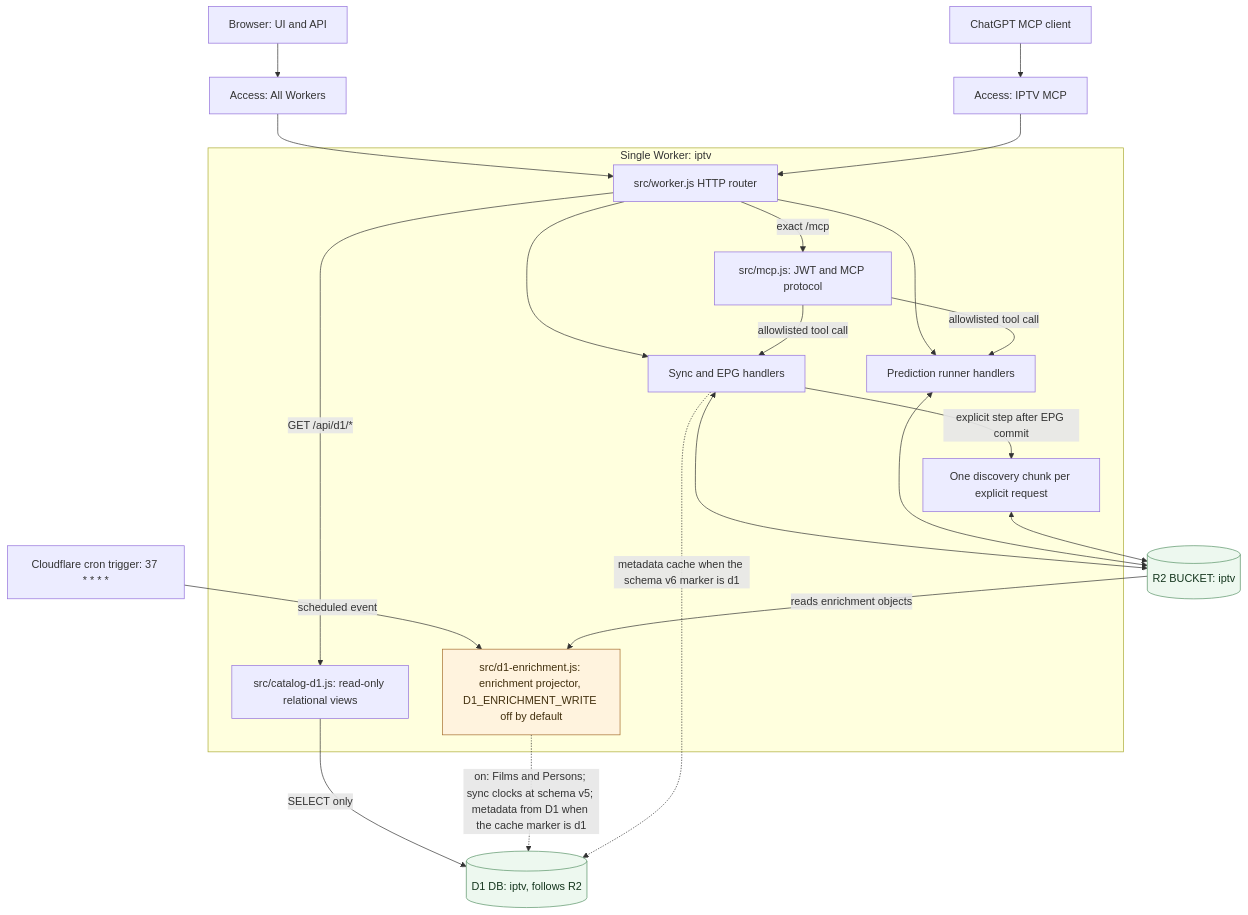
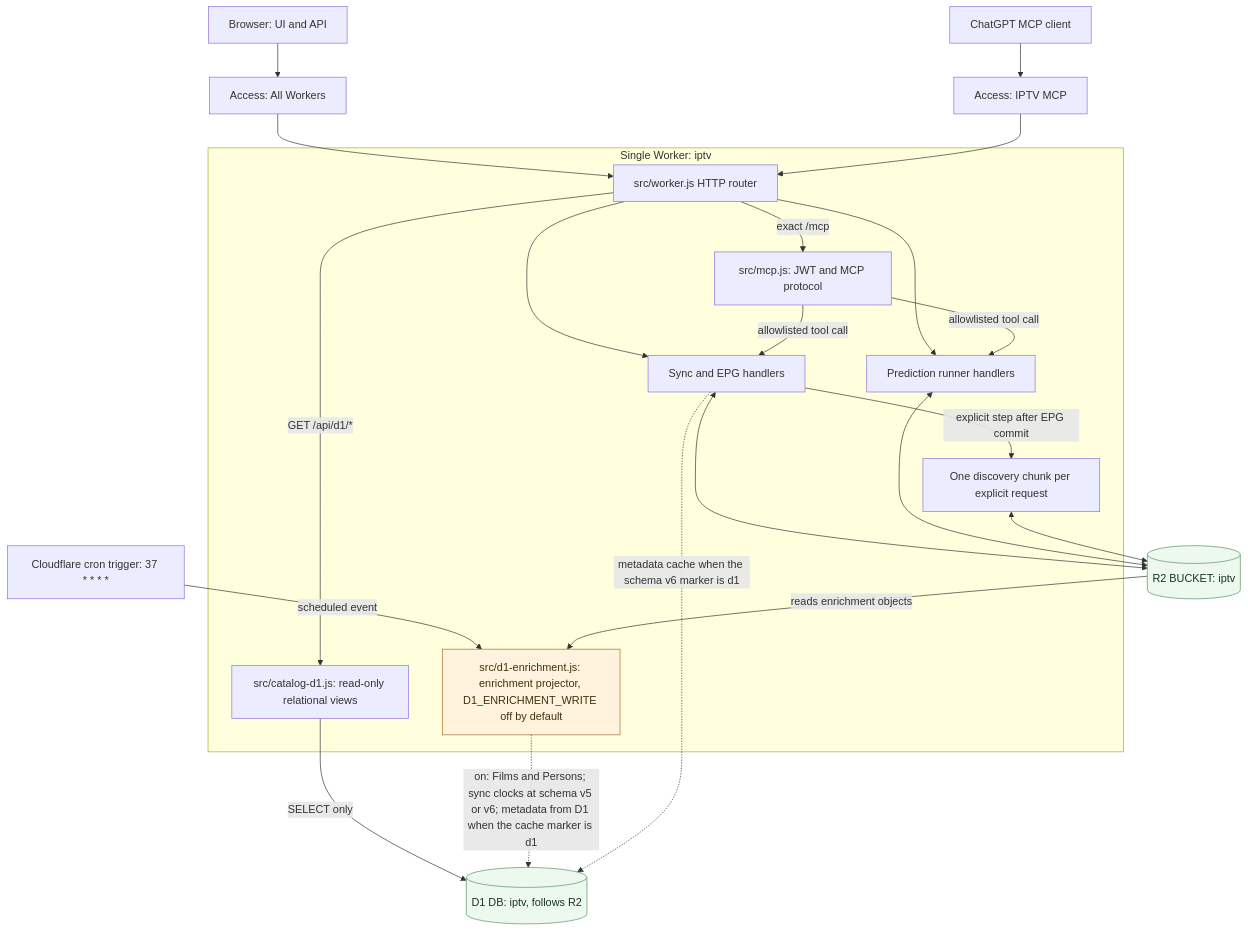
The diagram in docs/architecture/runtime-topology.md (vladimino/iptv-watchlist), drawn with Mermaid before and after one commit.

Commit message:
docs: clarify v6 metadata sync clock projection in Mermaid

````diff
--- a/docs/architecture/runtime-topology.md
+++ b/docs/architecture/runtime-topology.md
@@ -5,40 +5,40 @@
 ```mermaid
 flowchart TB
     web["Browser: UI and API"]
     mcpClient["ChatGPT MCP client"]
     webAccess["Access: All Workers"]
     mcpAccess["Access: IPTV MCP"]
     cron["Cloudflare cron trigger: 37 * * * *"]
     subgraph worker["Single Worker: iptv"]
         route["src/worker.js HTTP router"]
         mcp["src/mcp.js: JWT and MCP protocol"]
         sync["Sync and EPG handlers"]
         prediction["Prediction runner handlers"]
         discovery["One discovery chunk per explicit request"]
         catalogD1["src/catalog-d1.js: read-only relational views"]
         projector["src/d1-enrichment.js: enrichment projector, D1_ENRICHMENT_WRITE off by default"]
         route --> sync
         route -->|GET /api/d1/*| catalogD1
         route --> prediction
         route -->|exact /mcp| mcp
         mcp -->|allowlisted tool call| sync
         mcp -->|allowlisted tool call| prediction
         sync -->|explicit step after EPG commit| discovery
     end
     store[("R2 BUCKET: iptv")]
     d1[("D1 DB: iptv, follows R2")]
     web --> webAccess --> route
     mcpClient --> mcpAccess --> route
     sync <--> store
     prediction <--> store
     discovery <--> store
     catalogD1 -->|SELECT only| d1
     cron -->|scheduled event| projector
     store -->|reads enrichment objects| projector
-    projector -.->|on: Films and Persons; sync clocks at schema v5; metadata from D1 when the cache marker is d1| d1
+    projector -.->|on: Films and Persons; sync clocks at schema v5 or v6; metadata from D1 when the cache marker is d1| d1
     sync -.->|metadata cache when the schema v6 marker is d1| d1
     classDef current fill:#edf8ef,stroke:#579266,color:#15361e
     classDef gated fill:#fff3de,stroke:#a56c2b,color:#42300e
     class store,d1 current
     class projector gated
 ```
````
